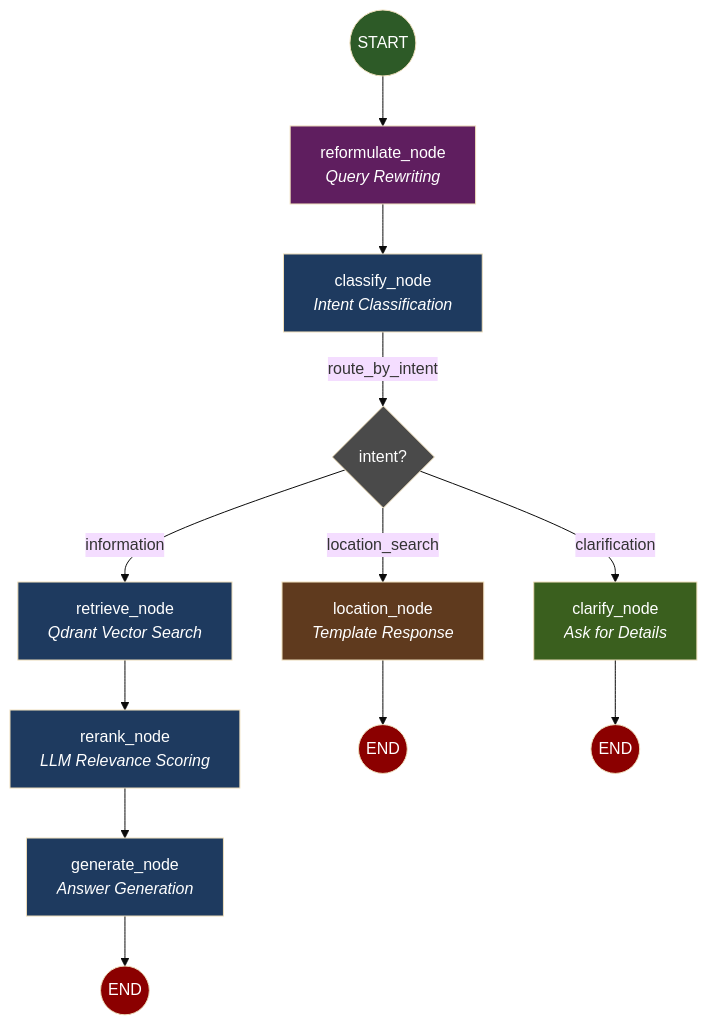
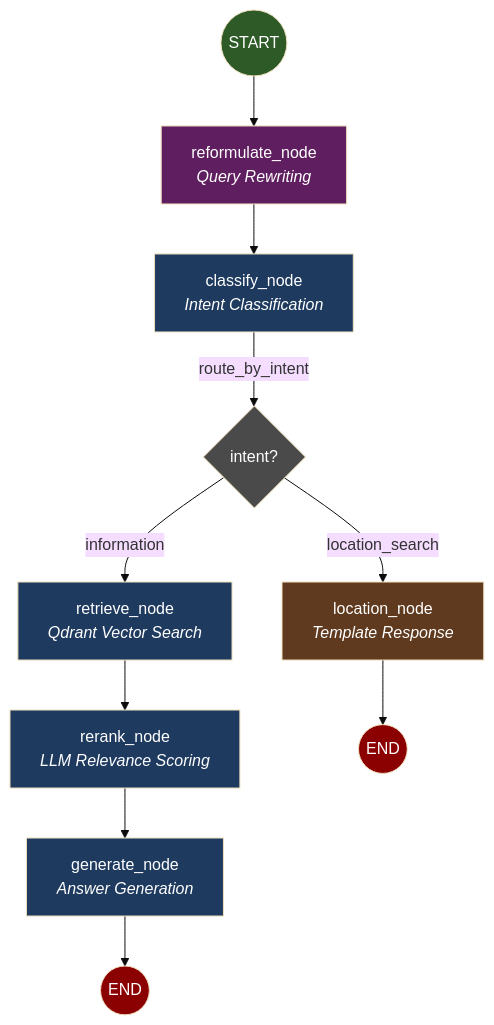
One commit to techybolek/child changed the first of 6 diagrams in SPECS/DOC/langgraph_conversational_pipeline.md. Above: the diagram before and after it, drawn with Mermaid (base theme). The commit also changed other lines of this file and 50 other files, not shown here.

````diff
--- a/SPECS/DOC/langgraph_conversational_pipeline.md
+++ b/SPECS/DOC/langgraph_conversational_pipeline.md
@@ -7,32 +7,28 @@
 ```mermaid
 flowchart TD
     START((START)) --> reformulate[reformulate_node<br/><i>Query Rewriting</i>]
 
     reformulate --> classify[classify_node<br/><i>Intent Classification</i>]
 
     classify -->|route_by_intent| decision{intent?}
 
     decision -->|"information"| retrieve[retrieve_node<br/><i>Qdrant Vector Search</i>]
     decision -->|"location_search"| location[location_node<br/><i>Template Response</i>]
-    decision -->|"clarification"| clarify[clarify_node<br/><i>Ask for Details</i>]
 
     retrieve --> rerank[rerank_node<br/><i>LLM Relevance Scoring</i>]
     rerank --> generate[generate_node<br/><i>Answer Generation</i>]
 
     generate --> END1((END))
     location --> END2((END))
-    clarify --> END3((END))
 
     style START fill:#2d5a27,color:#fff
     style END1 fill:#8b0000,color:#fff
     style END2 fill:#8b0000,color:#fff
-    style END3 fill:#8b0000,color:#fff
     style decision fill:#4a4a4a,color:#fff
     style reformulate fill:#5f1e5f,color:#fff
     style classify fill:#1e3a5f,color:#fff
     style retrieve fill:#1e3a5f,color:#fff
     style rerank fill:#1e3a5f,color:#fff
     style generate fill:#1e3a5f,color:#fff
     style location fill:#5f3a1e,color:#fff
-    style clarify fill:#3a5f1e,color:#fff
 ```
````
